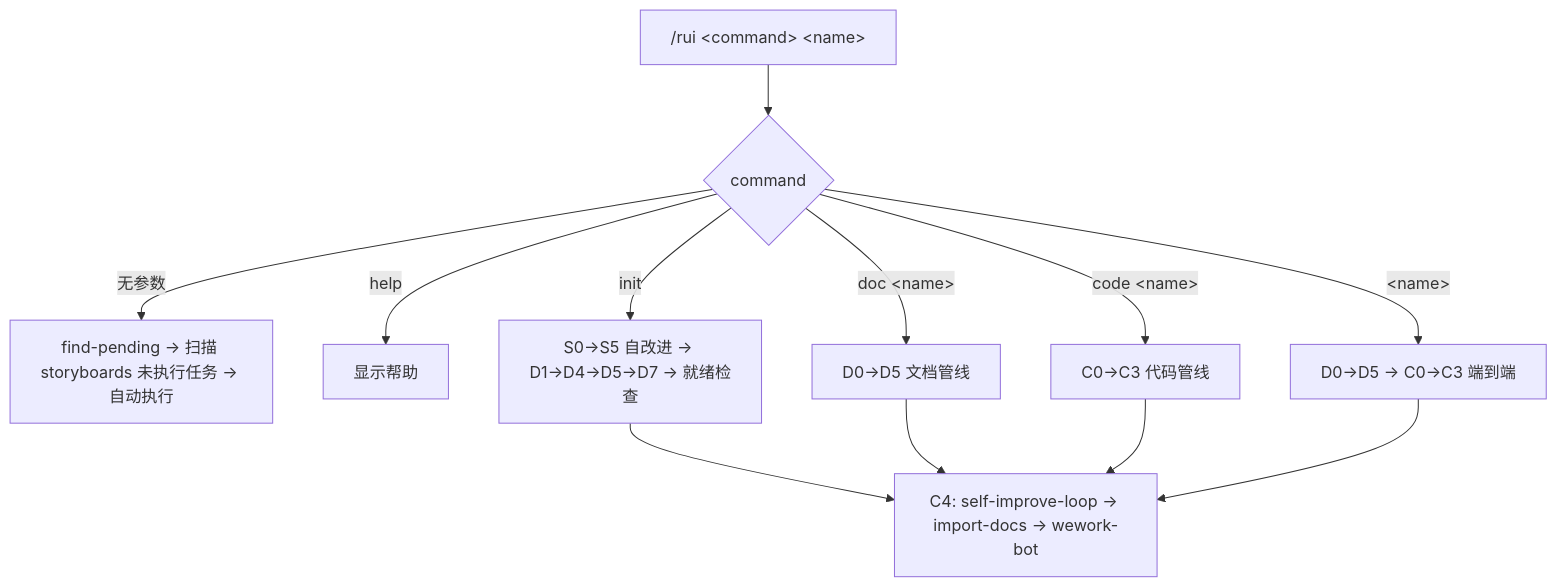
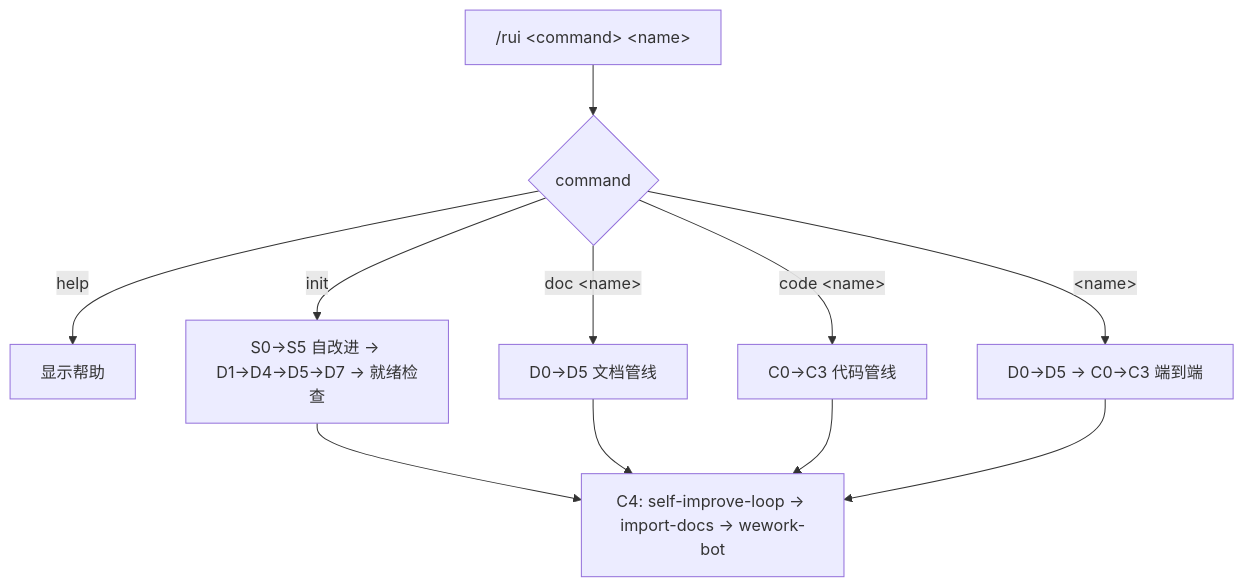
Before and after one commit to effiy/YrY: the first of 3 diagrams in skills/rui/SKILL.md, drawn with Mermaid. The commit also changed other lines of this file and 3 other files, not shown here.

````diff
--- a/skills/rui/SKILL.md
+++ b/skills/rui/SKILL.md
@@ -14,15 +14,14 @@
 ```mermaid
 flowchart TD
     USER["/rui &lt;command&gt; &lt;name&gt;"] --> ROUTE{command}
-    ROUTE -->|无参数| FIND["find-pending → 扫描 storyboards 未执行任务 → 自动执行"]
     ROUTE -->|help| HELP["显示帮助"]
     ROUTE -->|init| INIT["S0→S5 自改进 → D1→D4→D5→D7 → 就绪检查"]
     ROUTE -->|doc &lt;name&gt;| DOC["D0→D5 文档管线"]
     ROUTE -->|code &lt;name&gt;| CODE["C0→C3 代码管线"]
     ROUTE -->|&lt;name&gt;| FULL["D0→D5 → C0→C3 端到端"]
 
     INIT --> C4["C4: self-improve-loop → import-docs → wework-bot"]
     DOC --> C4
     CODE --> C4
     FULL --> C4
 ```
````
